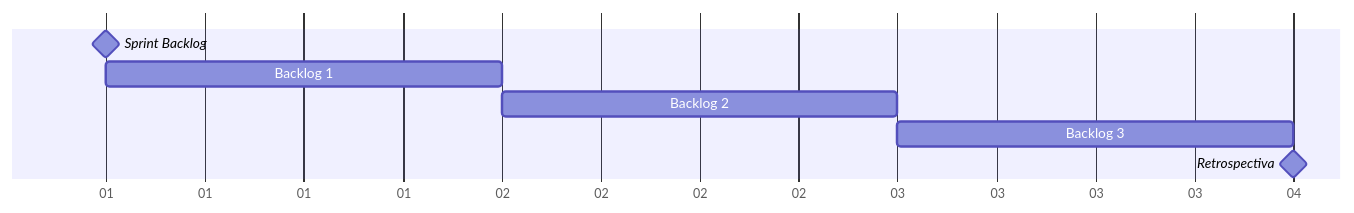
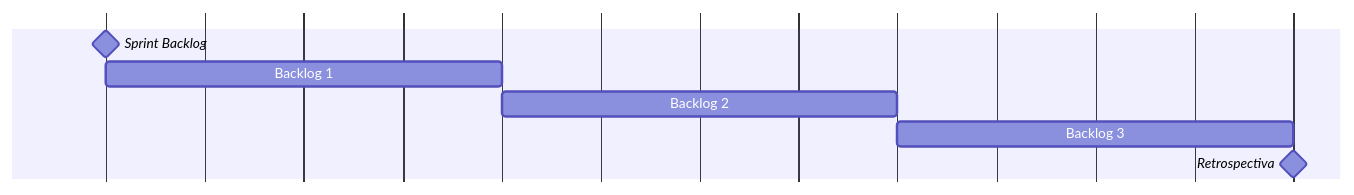
The second of 2 diagrams in sprint.md (Iagocds/Projeto-Integrado), drawn with Mermaid before and after one commit.

````diff
--- a/sprint.md
+++ b/sprint.md
@@ -26,10 +26,10 @@
 ```mermaid
 gantt
     dateFormat D
-    axisFormat %d
+    axisFormat %
     Sprint Backlog : milestone, m1, 1, 0d
     Backlog 1 : 1d
     Backlog 2 : 1d
     Backlog 3 : 1d
     Retrospectiva : milestone, m2, 4, 0d
 ```
````
